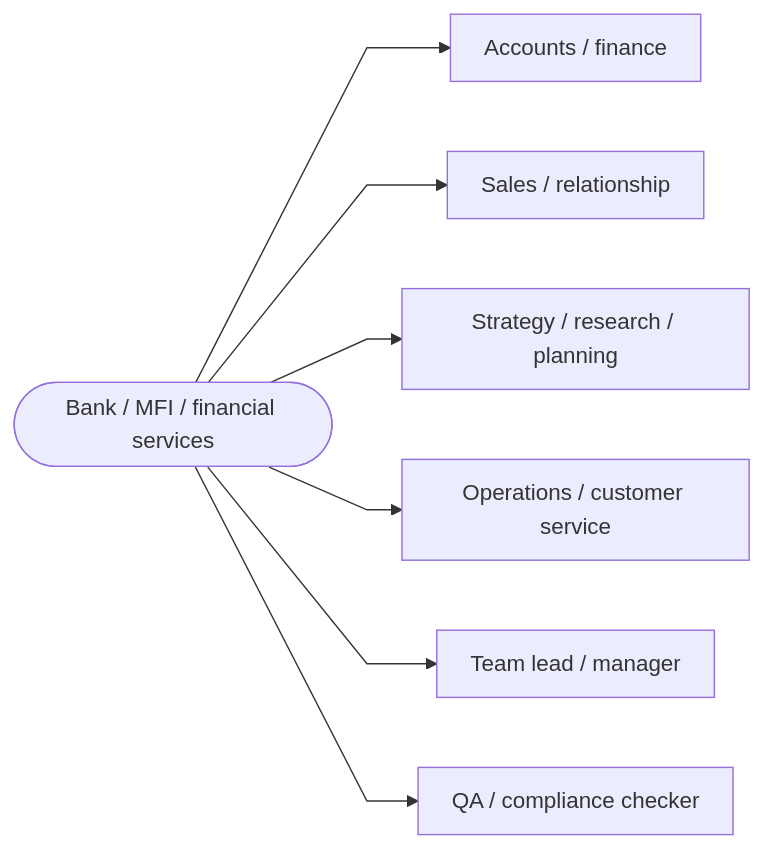
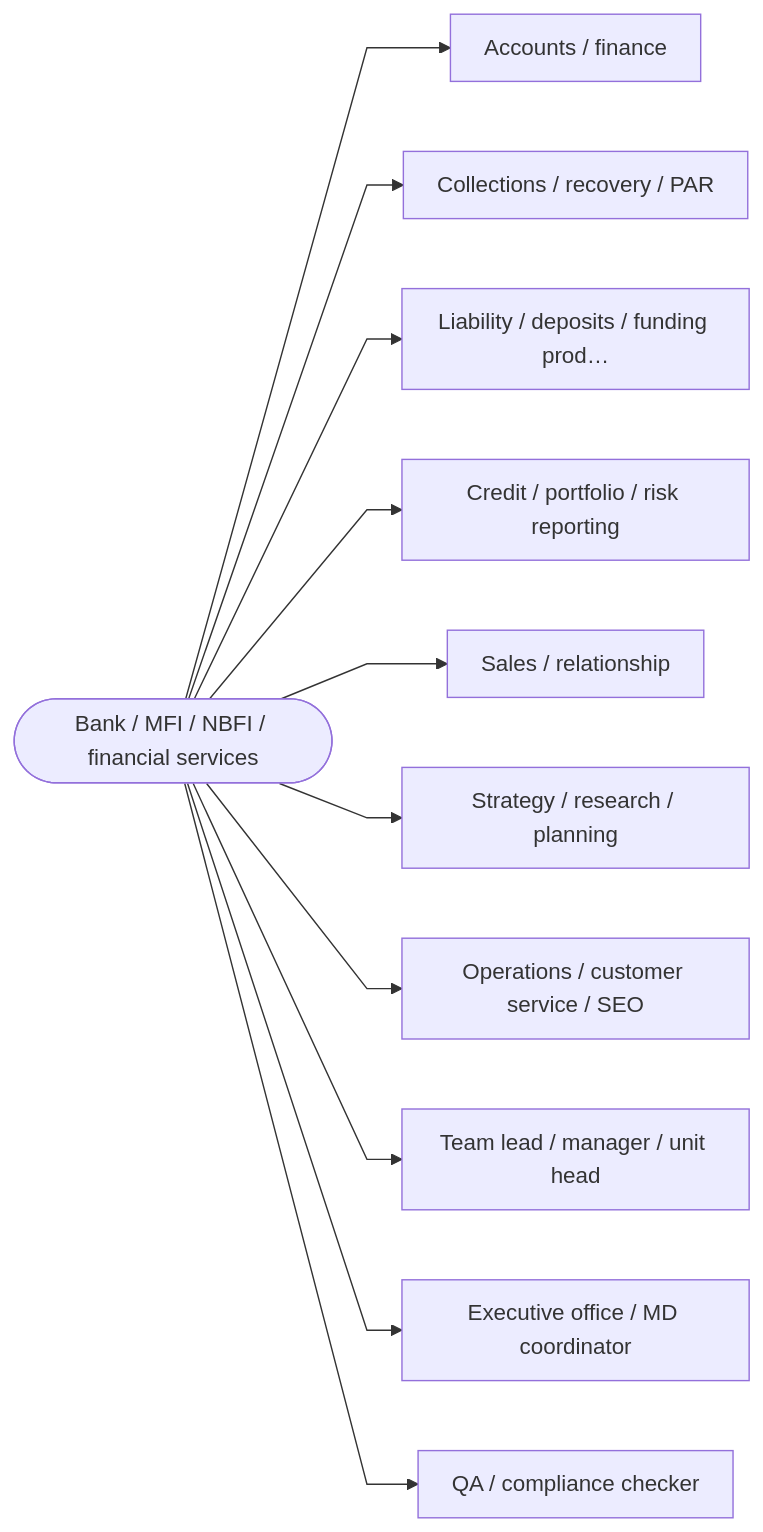
One commit to shmukit/10MS_AI-GG changed the diagram in docs/decision-tree-charts/02-roles-bank.mmd. Above: the diagram before and after it, drawn with Mermaid. The commit also changed 32 other files, not shown here.

```diff
--- a/docs/decision-tree-charts/02-roles-bank.mmd
+++ b/docs/decision-tree-charts/02-roles-bank.mmd
@@ -1,9 +1,13 @@
 %%{init: {"flowchart": {"curve": "linear", "padding": 12}} }%%
 flowchart LR
-  hub_bank(["Bank / MFI / financial services"])
+  hub_bank(["Bank / MFI / NBFI / financial services"])
   hub_bank --> bank_r0["Accounts / finance"]
-  hub_bank --> bank_r1["Sales / relationship"]
-  hub_bank --> bank_r2["Strategy / research / planning"]
-  hub_bank --> bank_r3["Operations / customer service"]
-  hub_bank --> bank_r4["Team lead / manager"]
-  hub_bank --> bank_r5["QA / compliance checker"]
+  hub_bank --> bank_r1["Collections / recovery / PAR"]
+  hub_bank --> bank_r2["Liability / deposits / funding prod…"]
+  hub_bank --> bank_r3["Credit / portfolio / risk reporting"]
+  hub_bank --> bank_r4["Sales / relationship"]
+  hub_bank --> bank_r5["Strategy / research / planning"]
+  hub_bank --> bank_r6["Operations / customer service / SEO"]
+  hub_bank --> bank_r7["Team lead / manager / unit head"]
+  hub_bank --> bank_r8["Executive office / MD coordinator"]
+  hub_bank --> bank_r9["QA / compliance checker"]
```
